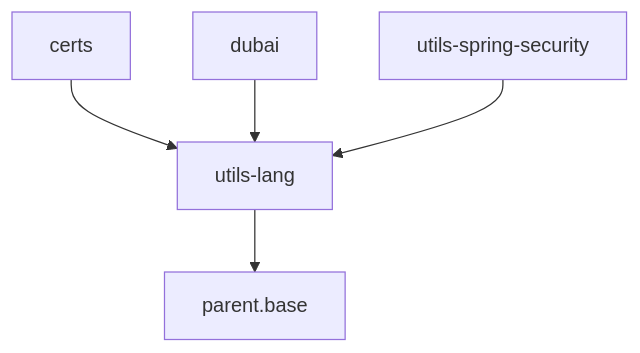
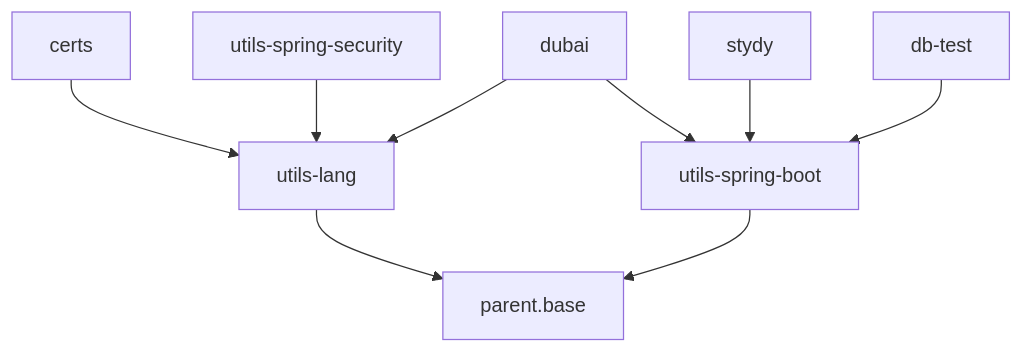
One commit to dbstarll/dbstarll.github.io changed the diagram in README.md. Above: the diagram before and after it, drawn with Mermaid. The commit also changed other lines of this file, not shown here.

Commit message:
更新文档

````diff
--- a/README.md
+++ b/README.md
@@ -8,7 +9,12 @@
 ```mermaid
 graph TD;
     utils-lang-->parent.base;
     certs-->utils-lang;
     dubai-->utils-lang;
     utils-spring-security-->utils-lang;
+
+    utils-spring-boot-->parent.base;
+    stydy-->utils-spring-boot;
+    dubai-->utils-spring-boot;
+    db-test-->utils-spring-boot;
 ```
````
